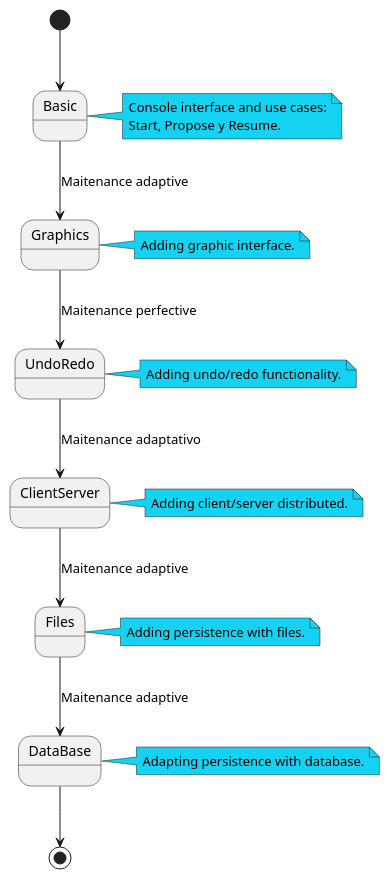
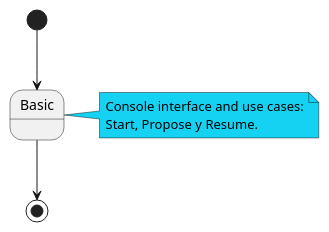
One commit to PabloMartinFluvia/myGame-mastermind changed the diagram in docs/readme/diagrams/src/versions.plantuml. Above: the diagram before and after it, drawn with PlantUML. The commit also changed 6 other files, not shown here.

```diff
--- a/docs/readme/diagrams/src/versions.plantuml
+++ b/docs/readme/diagrams/src/versions.plantuml
@@ -1,46 +1,13 @@
 @startuml versions
 
 state "Basic" as Básica
-state "Graphics" as Gráficos
-state UndoRedo
-state "ClientServer" as ClienteServidor
-State "Files" as Ficheros
-State "DataBase" as BasesDatos
 
 [*] --> Básica
-Básica --> Gráficos:Maitenance adaptive
-Gráficos --> UndoRedo:Maitenance perfective
-UndoRedo --> ClienteServidor:Maitenance adaptativo
-ClienteServidor --> Ficheros:Maitenance adaptive
-Ficheros --> BasesDatos:Maitenance adaptive
-BasesDatos --> [*]
-
-
+Básica --> [*]
 
 note right of Básica #15D2F3
   Console interface and use cases:
   Start, Propose y Resume.
 end note
 
-note right of Gráficos #15D2F3
-  Adding graphic interface.
-end note
-
-note right of UndoRedo #15D2F3
-  Adding undo/redo functionality.
-end note
-
-note right of ClienteServidor #15D2F3
-  Adding client/server distributed.
-end note
-
-note right of Ficheros #15D2F3
-  Adding persistence with files.
-end note
-
-note right of BasesDatos #15D2F3
-  Adapting persistence with database.
-end note
-
-
 @enduml
```
